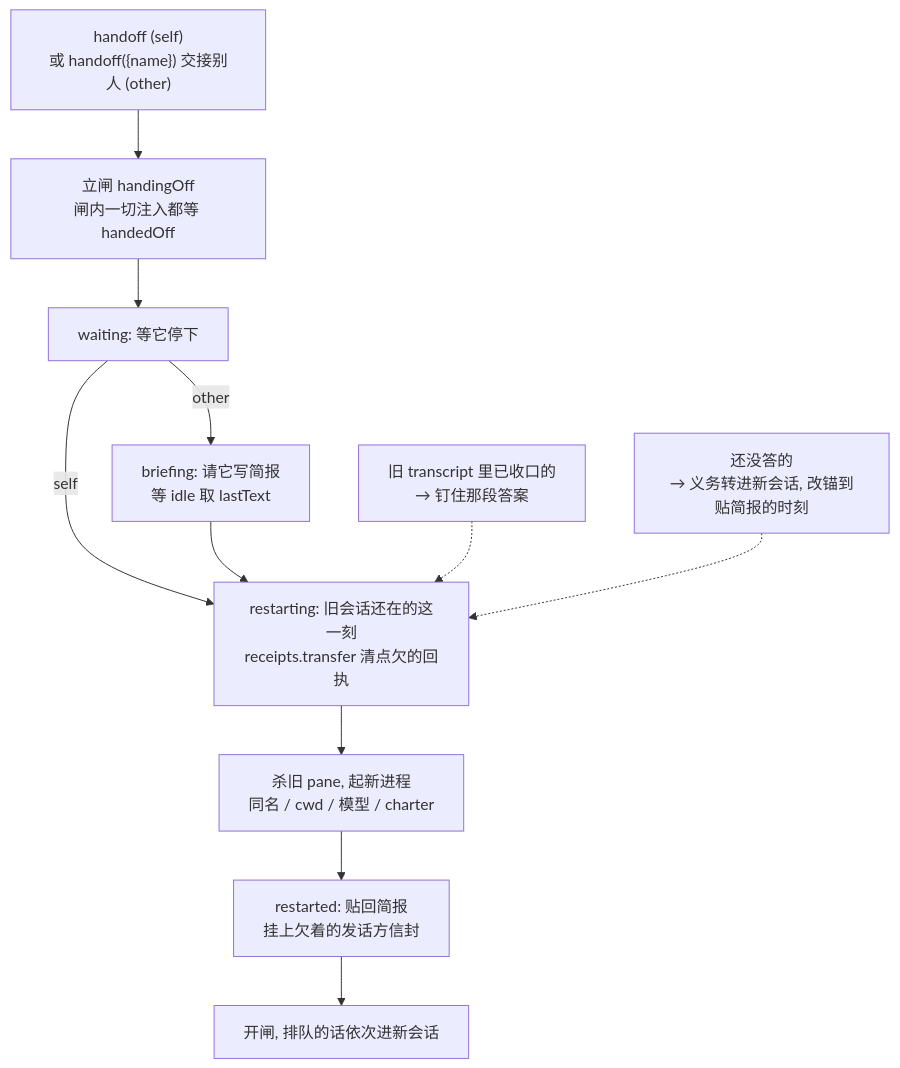
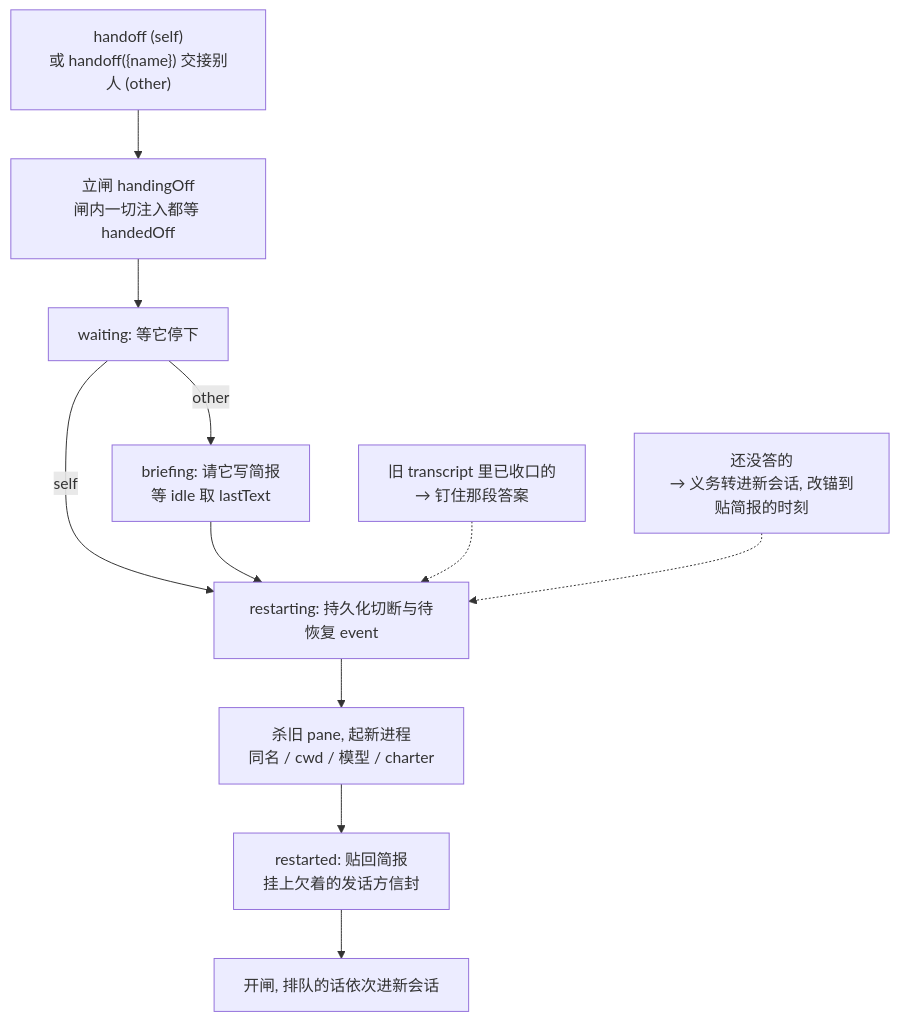
One commit to guxi11/wezard changed diagram 12 of 15 in 技术说明.md. Above: the diagram before and after it, drawn with Mermaid. The commit also changed other lines of this file and 19 other files, not shown here.

````diff
--- a/技术说明.md
+++ b/技术说明.md
@@ -474,13 +429,13 @@
 ```mermaid
 flowchart TD
     entry["handoff (self)<br/>或 handoff({name}) 交接别人 (other)"] --> gate["立闸 handingOff<br/>闸内一切注入都等 handedOff"]
     gate --> waiting["waiting: 等它停下"]
-    waiting -- "self" --> restarting["restarting: 旧会话还在的这一刻<br/>receipts.transfer 清点欠的回执"]
+    waiting -- "self" --> restarting["restarting: 持久化切断与待恢复 event"]
     waiting -- "other" --> briefing["briefing: 请它写简报<br/>等 idle 取 lastText"]
     briefing --> restarting
     restarting --> kill["杀旧 pane, 起新进程<br/>同名 / cwd / 模型 / charter"]
     kill --> restarted["restarted: 贴回简报<br/>挂上欠着的发话方信封"]
     restarted --> release["开闸, 排队的话依次进新会话"]
     answered["旧 transcript 里已收口的<br/>→ 钉住那段答案"] -.-> restarting
     carried["还没答的<br/>→ 义务转进新会话, 改锚到贴简报的时刻"] -.-> restarting
 ```
````
